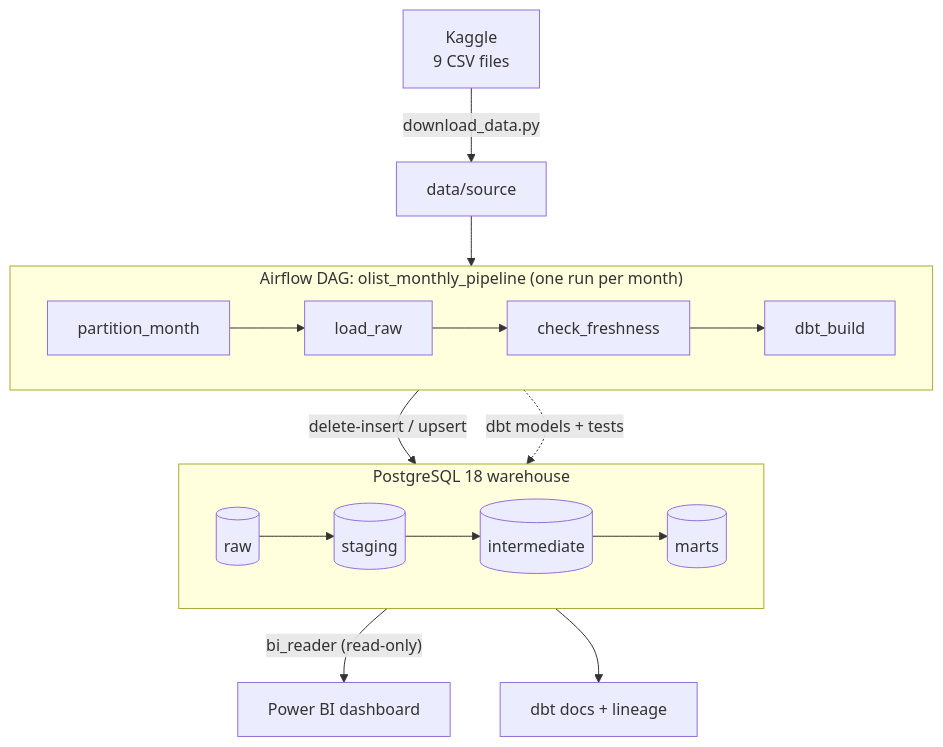
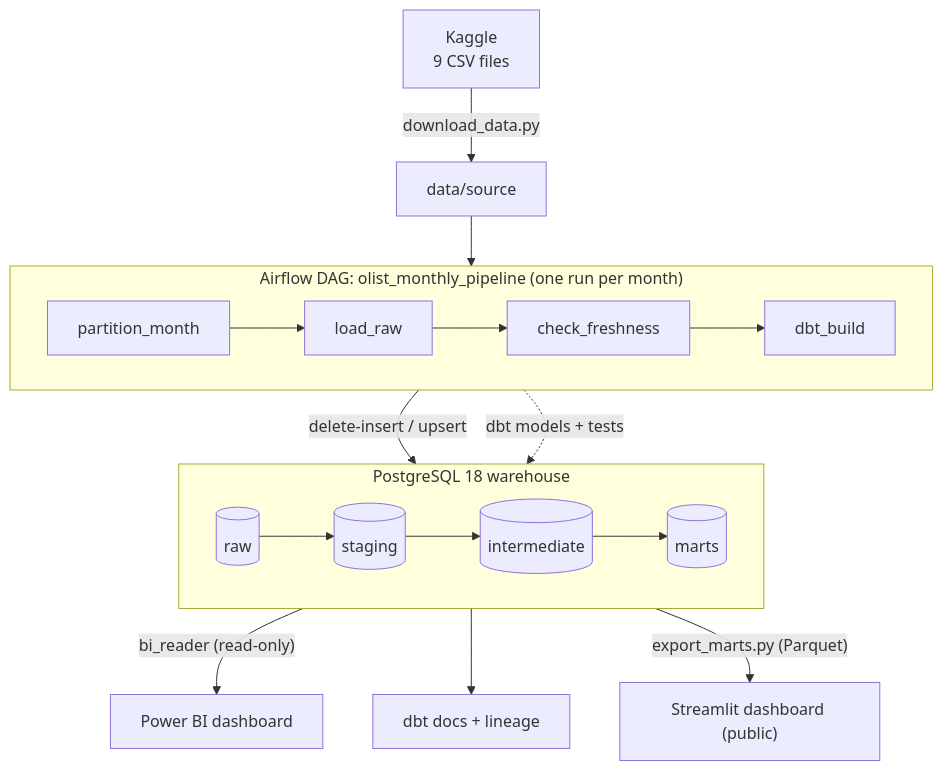
One commit to rohid001/olist-data-pipeline changed the diagram in README.md. Above: the diagram before and after it, drawn with Mermaid. The commit also changed other lines of this file and 2 other files, not shown here.

Commit message:
Link public dashboard in README and refresh dbt docs

````diff
--- a/README.md
+++ b/README.md
@@ -37,21 +41,22 @@
 ```mermaid
 flowchart TB
     kaggle["Kaggle<br/>9 CSV files"] -->|download_data.py| source["data/source"]
 
     subgraph airflow["Airflow DAG: olist_monthly_pipeline (one run per month)"]
         direction LR
         partition["partition_month"] --> load["load_raw"] --> fresh["check_freshness"] --> build["dbt_build"]
     end
 
     source --> partition
     load -->|"delete-insert / upsert"| raw
 
     subgraph warehouse["PostgreSQL 18 warehouse"]
         direction LR
         raw[("raw")] --> staging[("staging")] --> intermediate[("intermediate")] --> marts[("marts")]
     end
 
     build -.->|dbt models + tests| staging
     marts -->|"bi_reader (read-only)"| powerbi["Power BI dashboard"]
     marts --> docs["dbt docs + lineage"]
+    marts -->|"export_marts.py (Parquet)"| streamlit["Streamlit dashboard (public)"]
 ```
````
